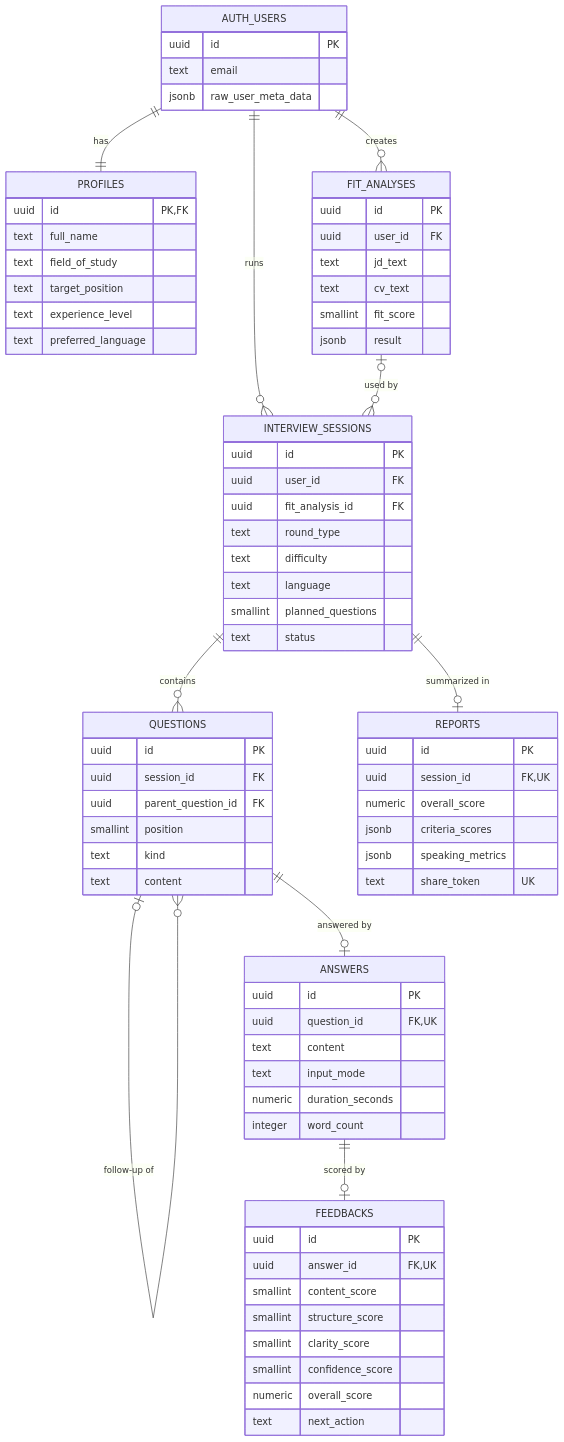
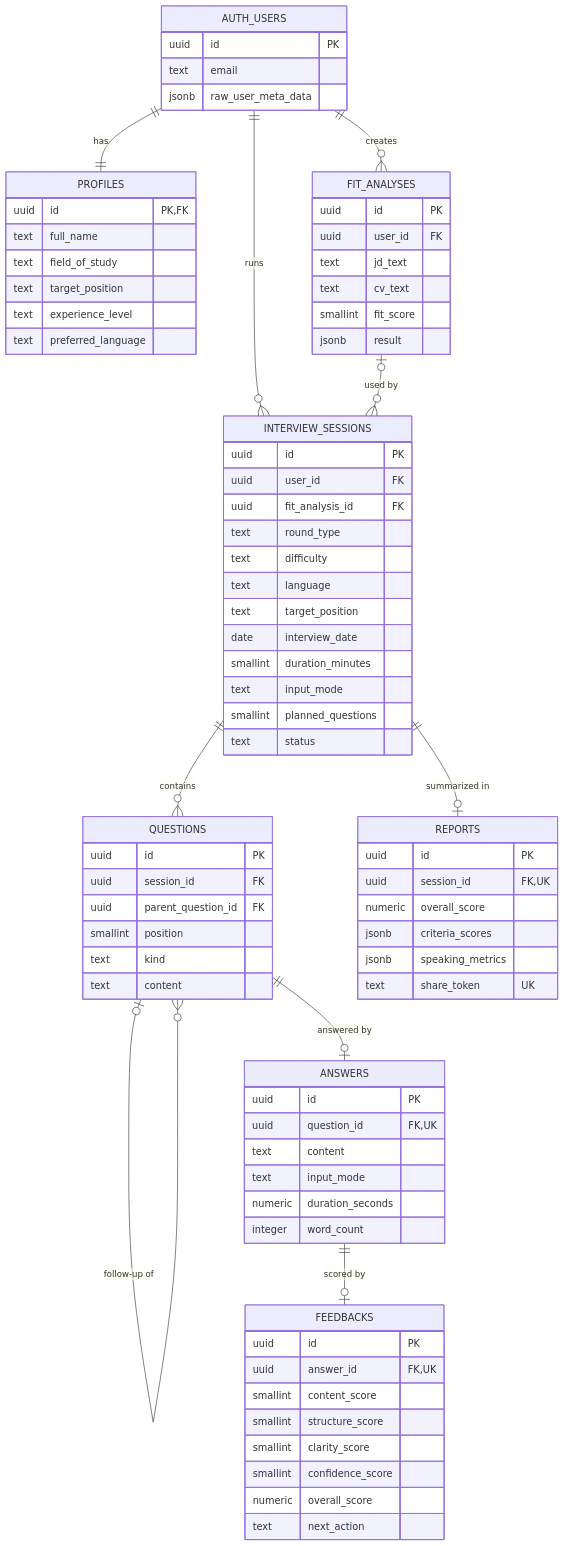
The diagram in docs/analysis and design/database-design.md (Ngoenngoen1910/InterviewBuddy-deploy), drawn with Mermaid before and after one commit. The commit also changed other lines of this file and 47 other files, not shown here.

````diff
--- a/docs/analysis and design/database-design.md
+++ b/docs/analysis and design/database-design.md
@@ -9,78 +14,82 @@
 ```mermaid
 erDiagram
   AUTH_USERS ||--|| PROFILES : "has"
   AUTH_USERS ||--o{ FIT_ANALYSES : "creates"
   AUTH_USERS ||--o{ INTERVIEW_SESSIONS : "runs"
   FIT_ANALYSES |o--o{ INTERVIEW_SESSIONS : "used by"
   INTERVIEW_SESSIONS ||--o{ QUESTIONS : "contains"
   QUESTIONS |o--o{ QUESTIONS : "follow-up of"
   QUESTIONS ||--o| ANSWERS : "answered by"
   ANSWERS ||--o| FEEDBACKS : "scored by"
   INTERVIEW_SESSIONS ||--o| REPORTS : "summarized in"
 
   AUTH_USERS {
     uuid id PK
     text email
     jsonb raw_user_meta_data
   }
   PROFILES {
     uuid id PK,FK
     text full_name
     text field_of_study
     text target_position
     text experience_level
     text preferred_language
   }
   FIT_ANALYSES {
     uuid id PK
     uuid user_id FK
     text jd_text
     text cv_text
     smallint fit_score
     jsonb result
   }
   INTERVIEW_SESSIONS {
     uuid id PK
     uuid user_id FK
     uuid fit_analysis_id FK
     text round_type
     text difficulty
     text language
+    text target_position
+    date interview_date
+    smallint duration_minutes
+    text input_mode
     smallint planned_questions
     text status
   }
   QUESTIONS {
     uuid id PK
     uuid session_id FK
     uuid parent_question_id FK
     smallint position
     text kind
     text content
   }
   ANSWERS {
     uuid id PK
     uuid question_id FK,UK
     text content
     text input_mode
     numeric duration_seconds
     integer word_count
   }
   FEEDBACKS {
     uuid id PK
     uuid answer_id FK,UK
     smallint content_score
     smallint structure_score
     smallint clarity_score
     smallint confidence_score
     numeric overall_score
     text next_action
   }
   REPORTS {
     uuid id PK
     uuid session_id FK,UK
     numeric overall_score
     jsonb criteria_scores
     jsonb speaking_metrics
     text share_token UK
   }
 ```
````
